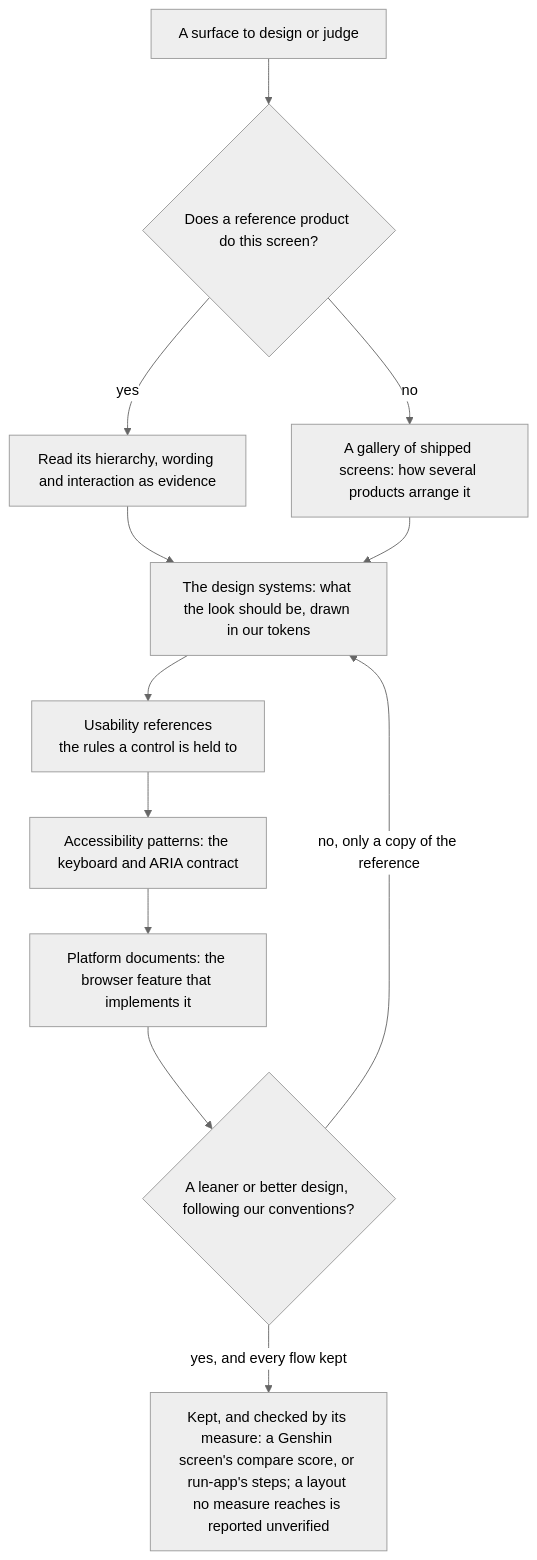
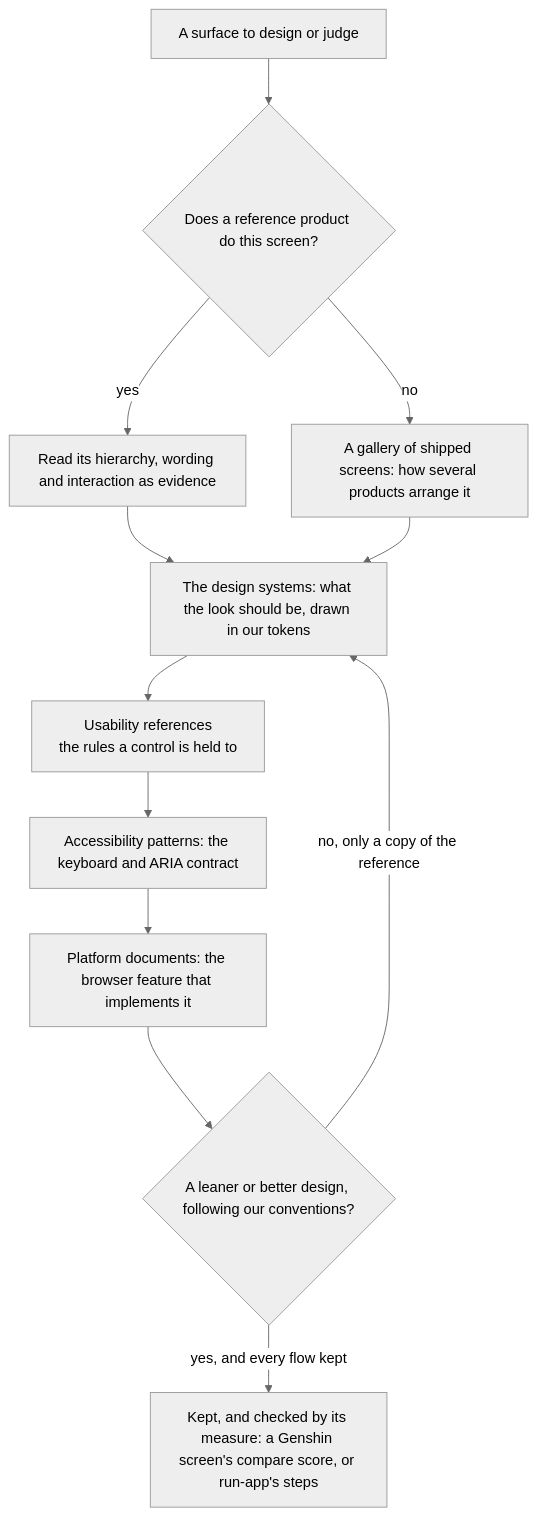
The diagram in openspec/specs/architecture/design-sources/design.md (Esposter/Esposter), drawn with Mermaid (neutral theme) before and after one commit. The commit also changed other lines of this file and 4 other files, not shown here.

First line of the commit message:
fix(ci): a suite's constants sit in its describe and four diagram labels fit a name and one qualifier

````diff
--- a/openspec/specs/architecture/design-sources/design.md
+++ b/openspec/specs/architecture/design-sources/design.md
@@ -9,14 +9,14 @@
 ```mermaid
 flowchart TD
   N[A surface to design or judge] --> R{Does a reference product do this screen?}
   R -->|yes| RP[Read its hierarchy, wording and interaction as evidence]
   R -->|no| G[A gallery of shipped screens: how several products arrange it]
   RP --> D[The design systems: what the look should be, drawn in our tokens]
   G --> D
   D --> B["Usability references<br/>the rules a control is held to"]
   B --> A[Accessibility patterns: the keyboard and ARIA contract]
   A --> P[Platform documents: the browser feature that implements it]
   P --> C{A leaner or better design, following our conventions?}
   C -->|no, only a copy of the reference| D
-  C -->|yes, and every flow kept| U["Kept, and checked by its measure: a Genshin screen's compare score, or run-app's steps; a layout no measure reaches is reported unverified"]
+  C -->|yes, and every flow kept| U["Kept, and checked by its measure: a Genshin screen's compare score, or run-app's steps"]
 ```
````
